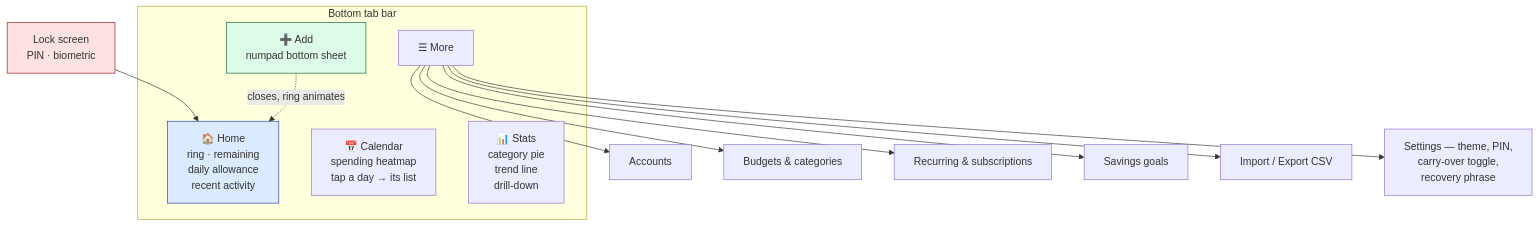
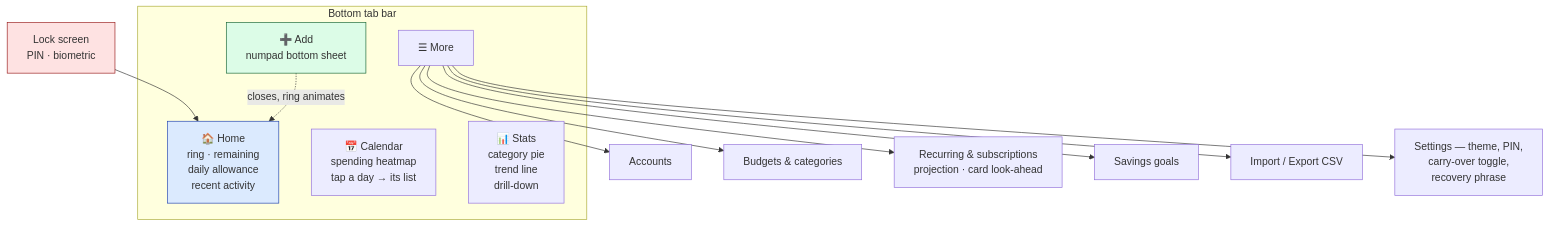
The eighth of 12 diagrams in misc/ARCHITECTURE_OVERVIEW.md (zakura1x/Budget-App), drawn with Mermaid before and after one commit. The commit also changed other lines of this file and 41 other files, not shown here.

````diff
--- a/misc/ARCHITECTURE_OVERVIEW.md
+++ b/misc/ARCHITECTURE_OVERVIEW.md
@@ -345,25 +358,25 @@
 ```mermaid
 graph TD
     L["Lock screen<br/>PIN · biometric"] --> H
 
     subgraph TABS["Bottom tab bar"]
         H["🏠 Home<br/>ring · remaining<br/>daily allowance<br/>recent activity"]
         CAL["📅 Calendar<br/>spending heatmap<br/>tap a day → its list"]
         ADD["➕ Add<br/>numpad bottom sheet"]
         ST["📊 Stats<br/>category pie<br/>trend line<br/>drill-down"]
         MORE["☰ More"]
     end
 
     MORE --> M1["Accounts"]
     MORE --> M2["Budgets & categories"]
-    MORE --> M3["Recurring & subscriptions"]
+    MORE --> M3["Recurring & subscriptions<br/>projection · card look-ahead"]
     MORE --> M4["Savings goals"]
     MORE --> M5["Import / Export CSV"]
     MORE --> M6["Settings — theme, PIN,<br/>carry-over toggle,<br/>recovery phrase"]
 
     ADD -.->|"closes, ring animates"| H
 
     style ADD fill:#dcfce7,stroke:#166534
     style H fill:#dbeafe,stroke:#1e40af
     style L fill:#fee2e2,stroke:#991b1b
 ```
````
